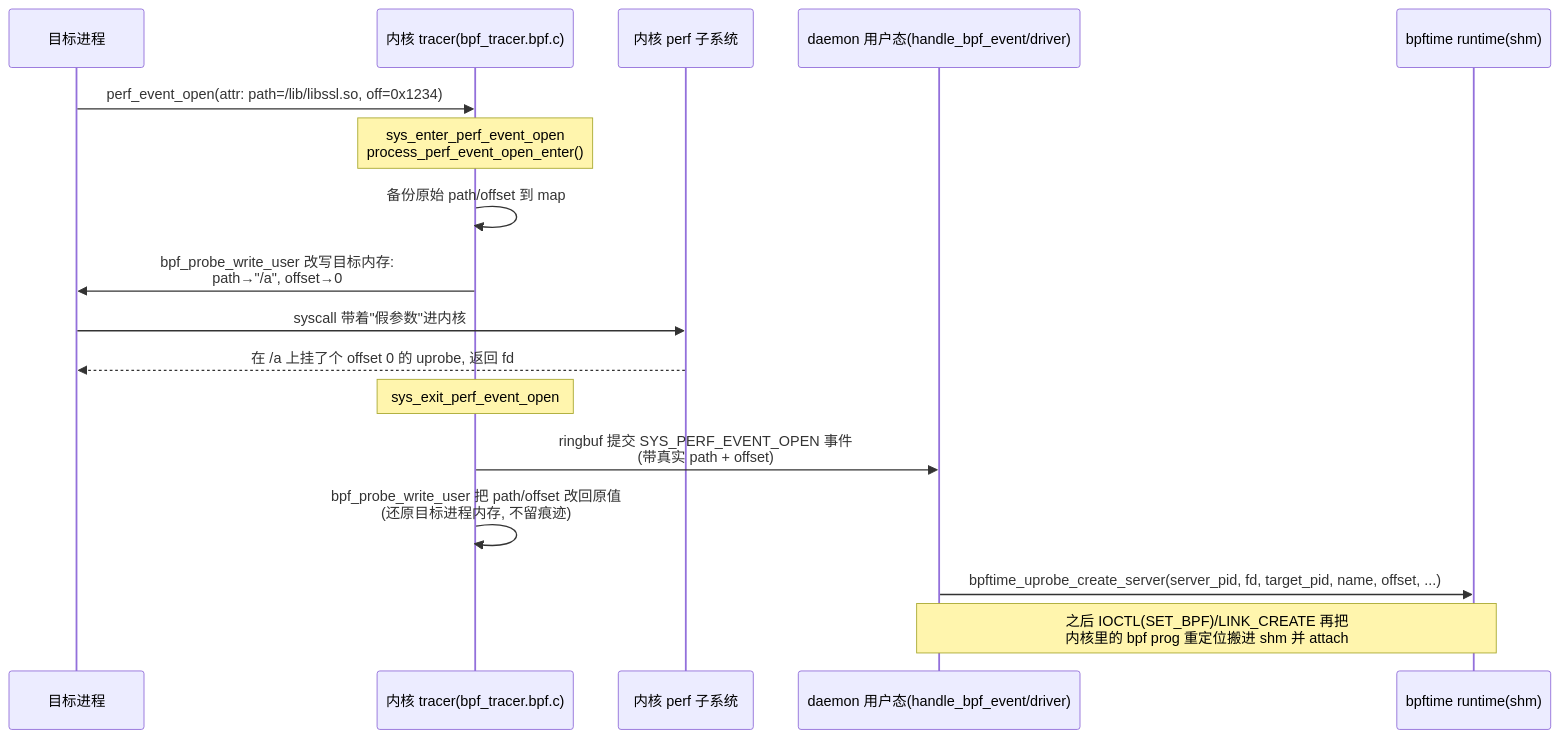
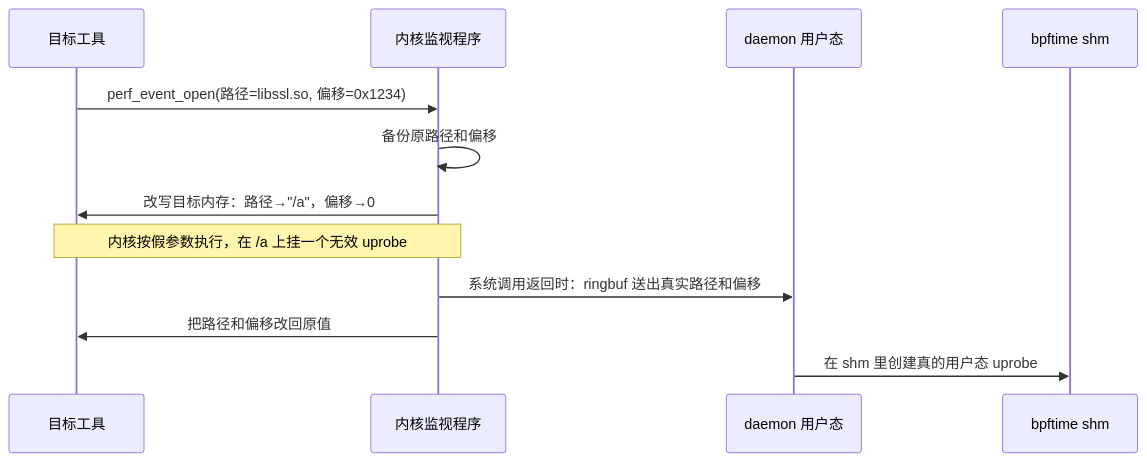
One commit to plsy1/bpftime-benchmark changed the diagram in 07-periphery.md. Above: the diagram before and after it, drawn with Mermaid. The commit also changed other lines of this file and 10 other files, not shown here.

````diff
--- a/07-periphery.md
+++ b/07-periphery.md
@@ -35,20 +67,14 @@
 ```mermaid
 sequenceDiagram
-    participant T as 目标进程
-    participant K as 内核 tracer(bpf_tracer.bpf.c)
-    participant KE as 内核 perf 子系统
-    participant D as daemon 用户态(handle_bpf_event/driver)
-    participant R as bpftime runtime(shm)
-
-    T->>K: perf_event_open(attr: path=/lib/libssl.so, off=0x1234)
-    Note over K: sys_enter_perf_event_open<br/>process_perf_event_open_enter()
-    K->>K: 备份原始 path/offset 到 map
-    K->>T: bpf_probe_write_user 改写目标内存:<br/>path→"/a", offset→0
-    T->>KE: syscall 带着"假参数"进内核
-    KE-->>T: 在 /a 上挂了个 offset 0 的 uprobe, 返回 fd
-    Note over K: sys_exit_perf_event_open
-    K->>D: ringbuf 提交 SYS_PERF_EVENT_OPEN 事件<br/>(带真实 path + offset)
-    K->>K: bpf_probe_write_user 把 path/offset 改回原值<br/>(还原目标进程内存, 不留痕迹)
-    D->>R: bpftime_uprobe_create_server(server_pid, fd, target_pid, name, offset, ...)
-    Note over D,R: 之后 IOCTL(SET_BPF)/LINK_CREATE 再把<br/>内核里的 bpf prog 重定位搬进 shm 并 attach
+    participant T as 目标工具
+    participant K as 内核监视程序
+    participant D as daemon 用户态
+    participant R as bpftime shm
+    T->>K: perf_event_open(路径=libssl.so, 偏移=0x1234)
+    K->>K: 备份原路径和偏移
+    K->>T: 改写目标内存：路径→"/a"，偏移→0
+    Note over T,K: 内核按假参数执行，在 /a 上挂一个无效 uprobe
+    K->>D: 系统调用返回时：ringbuf 送出真实路径和偏移
+    K->>T: 把路径和偏移改回原值
+    D->>R: 在 shm 里创建真的用户态 uprobe
 ```
````
